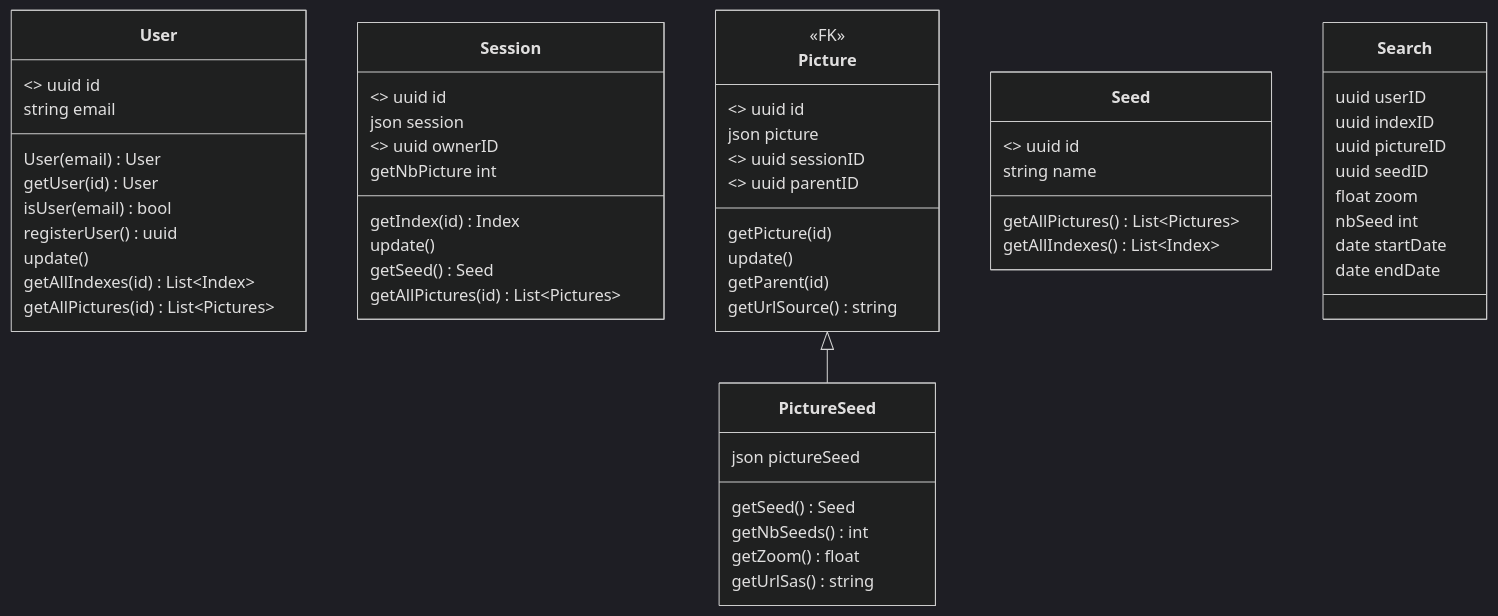
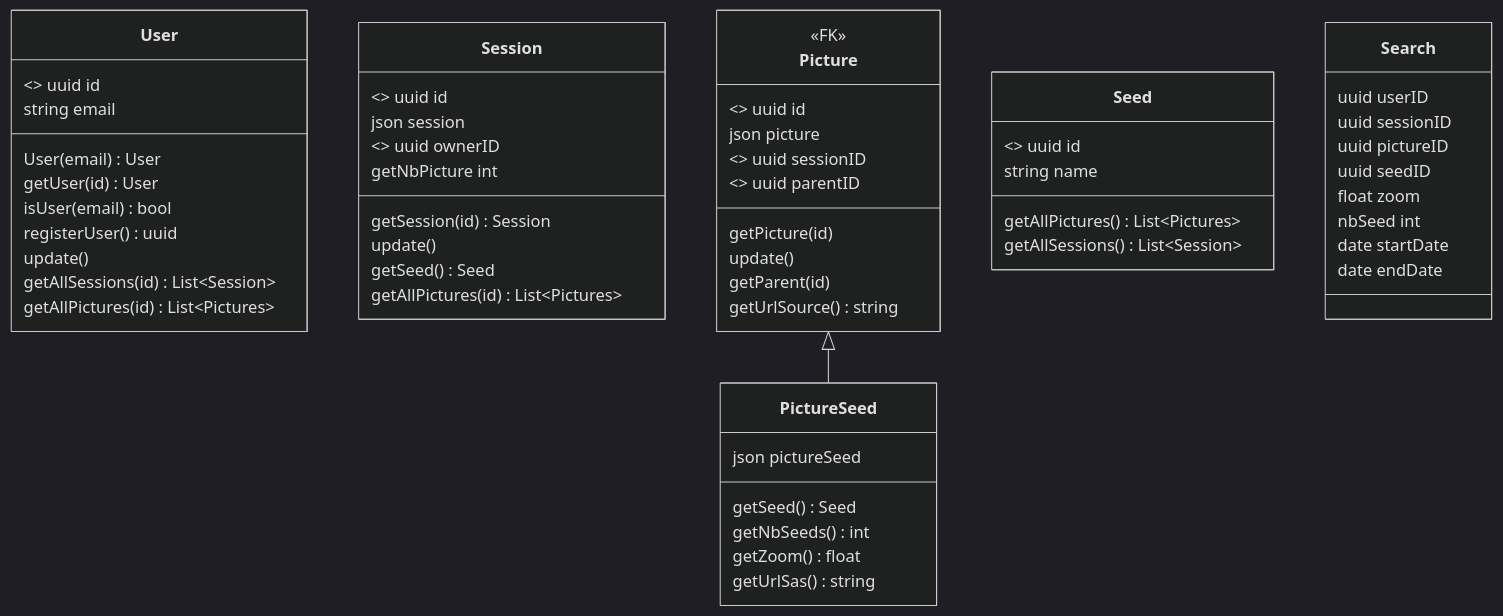
Before and after one commit to ai-cfia/ailab-datastore: the fifth of 6 diagrams in doc/metadata-doc.md, drawn with Mermaid (dark theme). The commit also changed other lines of this file and 8 other files, not shown here.

````diff
--- a/doc/metadata-doc.md
+++ b/doc/metadata-doc.md
@@ -152,63 +152,63 @@
 ```mermaid
   classDiagram
       class User {
           <<PK>> uuid id
           string email
           User(email) User
           getUser(id) User
           isUser(email) bool
           registerUser() uuid
           update()
-          getAllIndexes(id) List~Index~ 
+          getAllSessions(id) List~Session~ 
           getAllPictures(id) List~Pictures~
       }
 
       class Session {
           <<PK>> uuid id
           json session
           <<FK>> uuid ownerID
-          getIndex(id) Index
+          getSession(id) Session
           update()
           getSeed() Seed
           getNbPicture int
           getAllPictures(id) List~Pictures~       
       }
 
       class Picture {
           <<PK>> uuid id
           json picture
           <<FK>>
           <<FK>> uuid sessionID
           <<FK>> uuid parentID
           getPicture(id)
           update()
           getParent(id)
           getUrlSource() string
       }
       class PictureSeed {
         json pictureSeed
         getSeed() Seed
         getNbSeeds() int
         getZoom() float
         getUrlSas() string
 
       }
       class Seed{
         <<PK>> uuid id
         string name
         getAllPictures() List~Pictures~
-        getAllIndexes() List~Index~
+        getAllSessions() List~Session~
       }
 
       class Search{
         uuid userID
-        uuid indexID
+        uuid sessionID
         uuid pictureID
         uuid seedID
         float zoom
         nbSeed int
         date startDate
         date endDate
       }
       Picture <|-- PictureSeed
 ```
````
